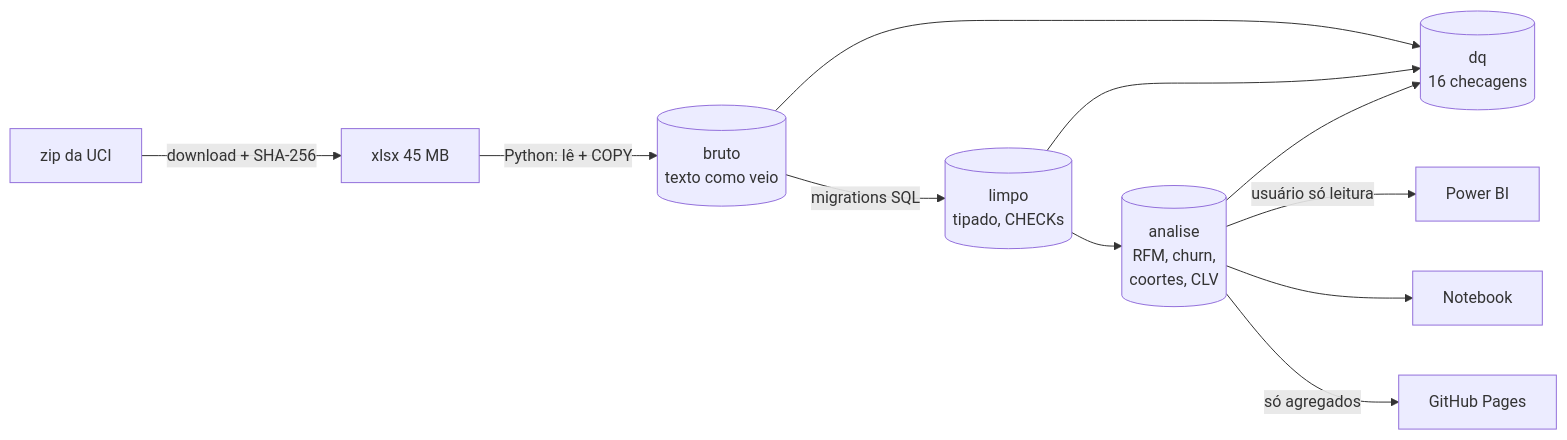
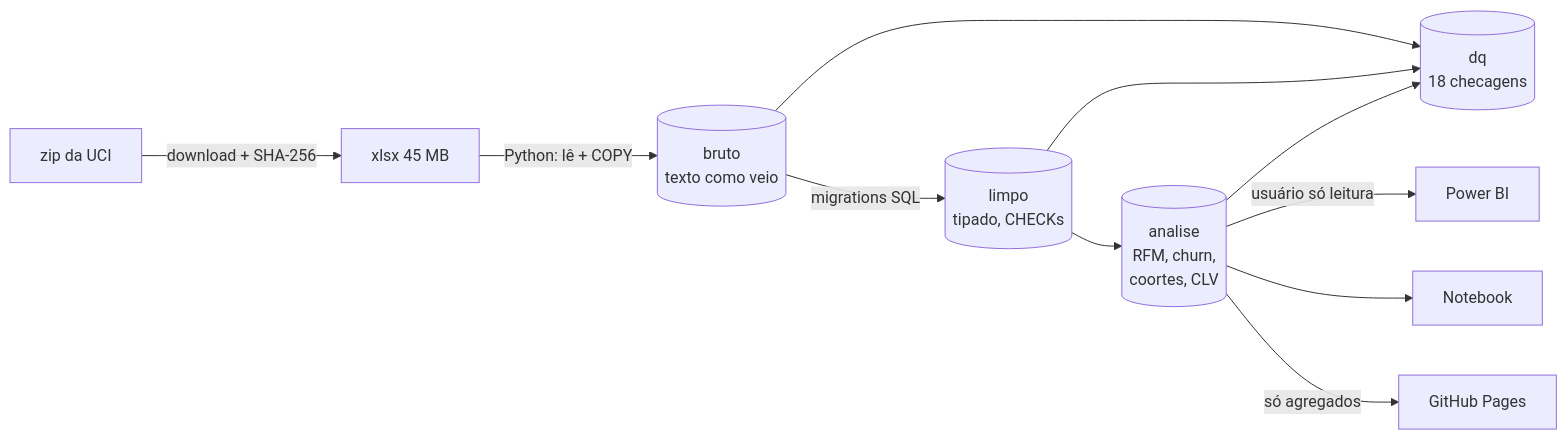
Before and after one commit to DiegoSantiago1/customer-analytics-online-retail: the diagram in README.pt-BR.md, drawn with Mermaid. The commit also changed other lines of this file and 3 other files, not shown here.

````diff
--- a/README.pt-BR.md
+++ b/README.pt-BR.md
@@ -52,11 +68,11 @@
 ```mermaid
 flowchart LR
     UCI[zip da UCI] -->|download + SHA-256| XLSX[xlsx 45 MB]
     XLSX -->|Python: lê + COPY| BRUTO[(bruto<br/>texto como veio)]
     BRUTO -->|migrations SQL| LIMPO[(limpo<br/>tipado, CHECKs)]
     LIMPO --> ANALISE[(analise<br/>RFM, churn,<br/>coortes, CLV)]
-    BRUTO & LIMPO & ANALISE --> DQ[(dq<br/>16 checagens)]
+    BRUTO & LIMPO & ANALISE --> DQ[(dq<br/>18 checagens)]
     ANALISE -->|usuário só leitura| PBI[Power BI]
     ANALISE --> NB[Notebook]
     ANALISE -->|só agregados| SITE[GitHub Pages]
 ```
````
